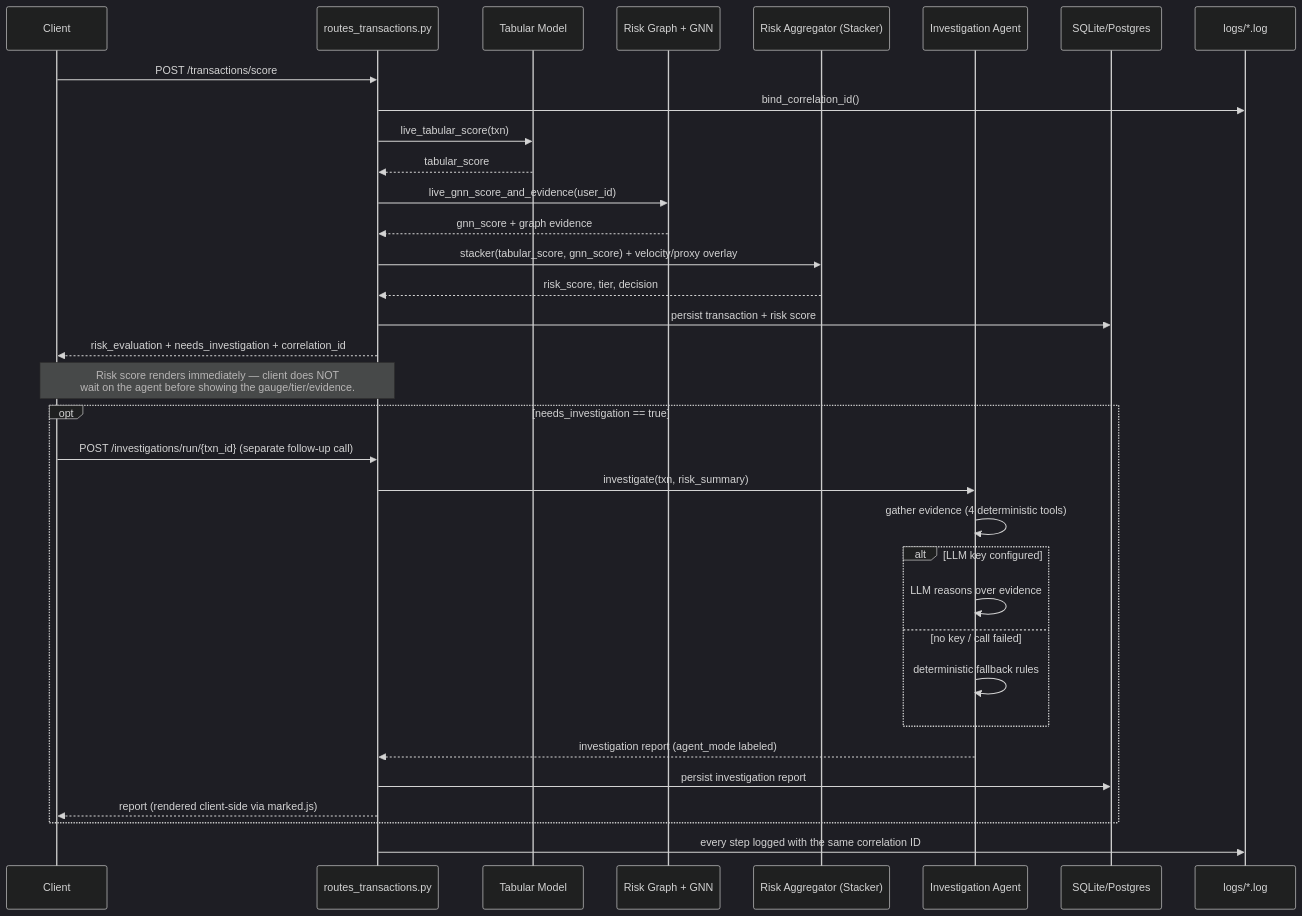
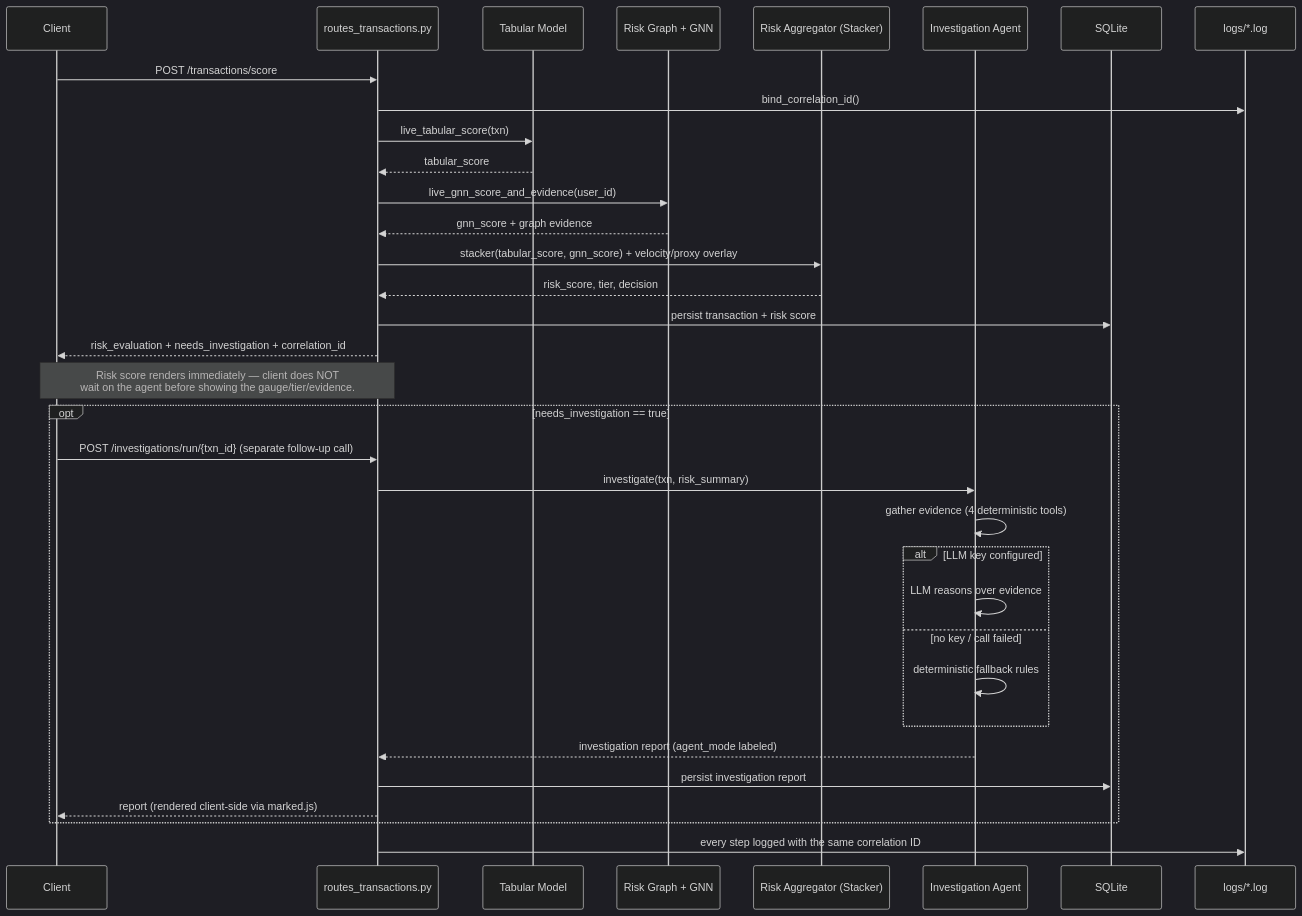
The third of 3 diagrams in PROJECT_WORKFLOW.md (Dikshu015/RazorRisk-Agentic-AI-Payment-Fraud-Risk-Investigation-Platform), drawn with Mermaid (dark theme) before and after one commit. The commit also changed other lines of this file, not shown here.

````diff
--- a/PROJECT_WORKFLOW.md
+++ b/PROJECT_WORKFLOW.md
@@ -137,37 +136,37 @@
 ```mermaid
 sequenceDiagram
     participant C as Client
     participant API as routes_transactions.py
     participant TAB as Tabular Model
     participant GNN as Risk Graph + GNN
     participant AGG as Risk Aggregator (Stacker)
     participant AGT as Investigation Agent
-    participant DB as SQLite/Postgres
+    participant DB as SQLite
     participant LOG as logs/*.log
 
     C->>API: POST /transactions/score
     API->>LOG: bind_correlation_id()
     API->>TAB: live_tabular_score(txn)
     TAB-->>API: tabular_score
     API->>GNN: live_gnn_score_and_evidence(user_id)
     GNN-->>API: gnn_score + graph evidence
     API->>AGG: stacker(tabular_score, gnn_score) + velocity/proxy overlay
     AGG-->>API: risk_score, tier, decision
     API->>DB: persist transaction + risk score
     API-->>C: risk_evaluation + needs_investigation + correlation_id
     Note over C,API: Risk score renders immediately — client does NOT<br/>wait on the agent before showing the gauge/tier/evidence.
     opt needs_investigation == true
         C->>API: POST /investigations/run/{txn_id}  (separate follow-up call)
         API->>AGT: investigate(txn, risk_summary)
         AGT->>AGT: gather evidence (4 deterministic tools)
         alt LLM key configured
             AGT->>AGT: LLM reasons over evidence
         else no key / call failed
             AGT->>AGT: deterministic fallback rules
         end
         AGT-->>API: investigation report (agent_mode labeled)
         API->>DB: persist investigation report
         API-->>C: report (rendered client-side via marked.js)
     end
     API->>LOG: every step logged with the same correlation ID
 ```
````
